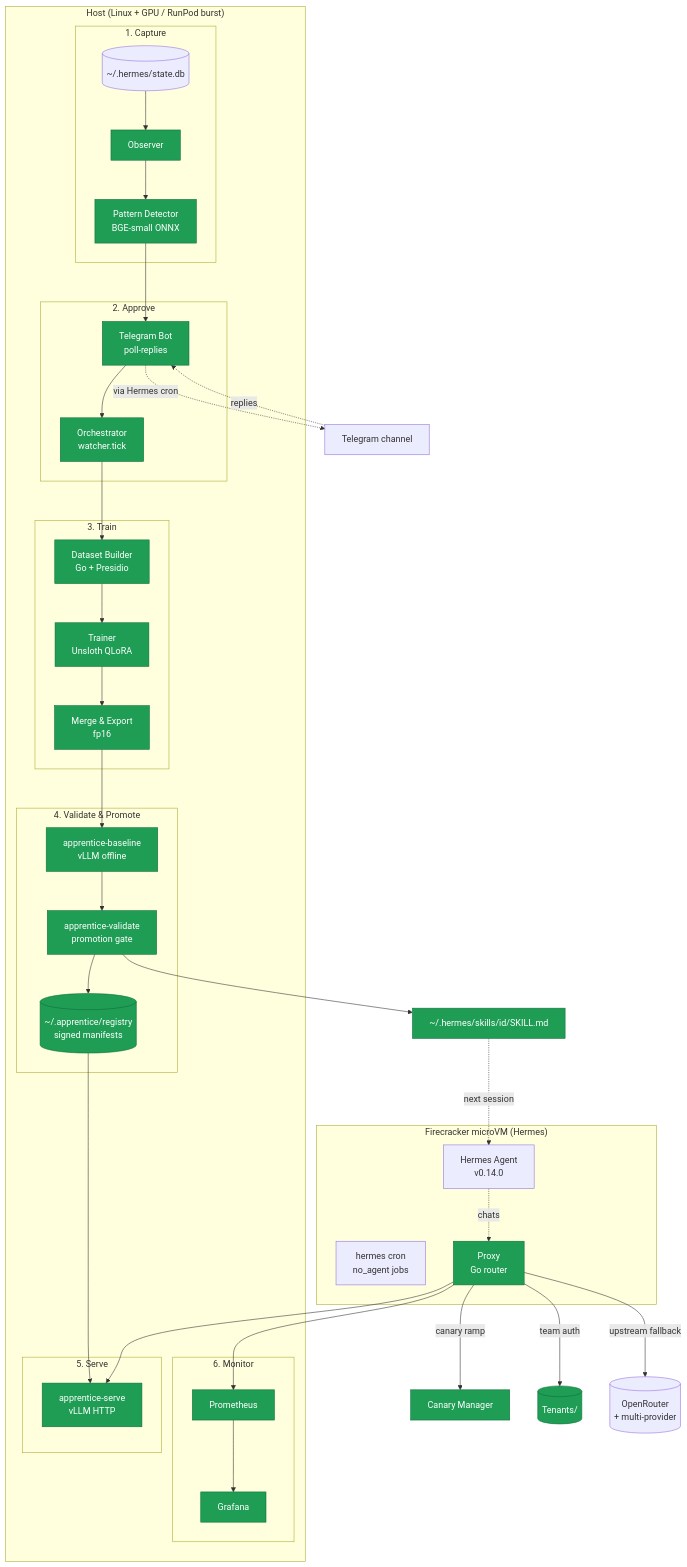
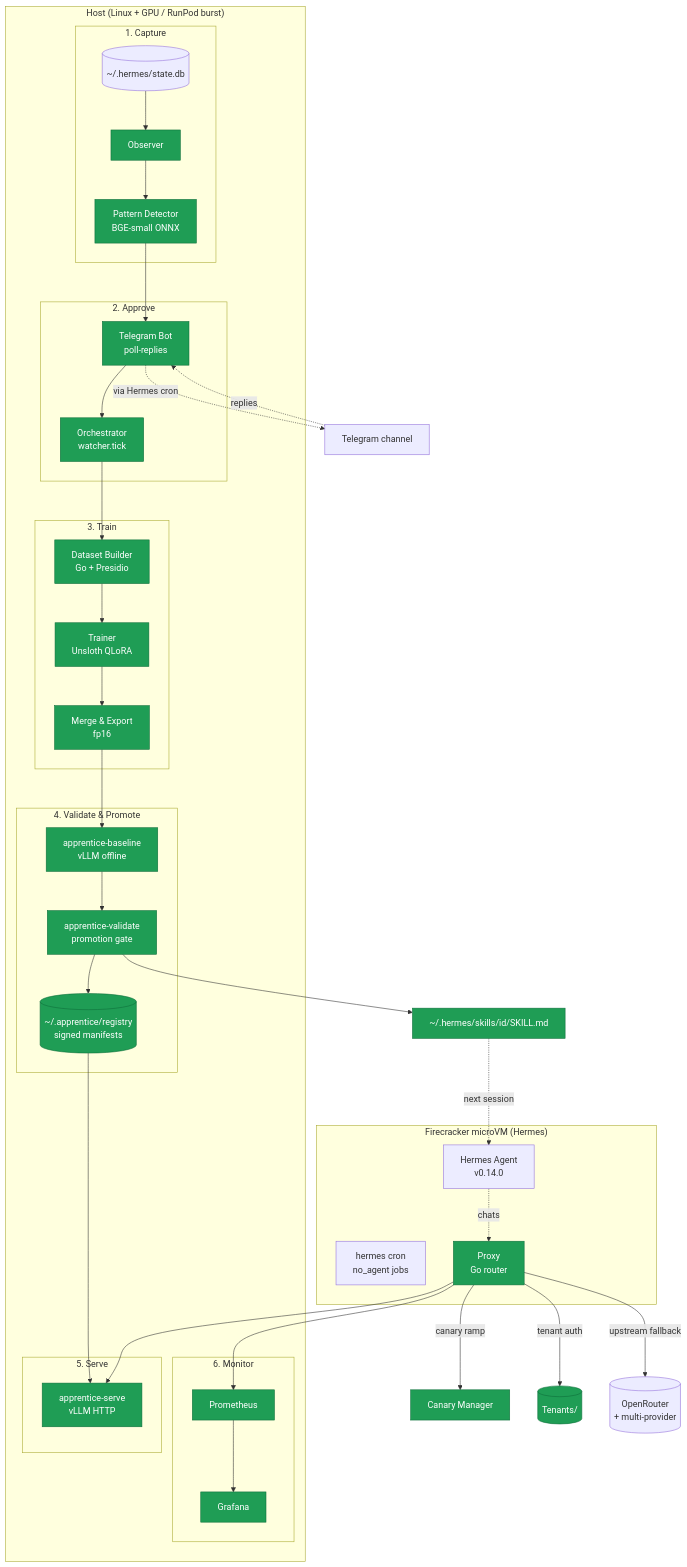
Before and after one commit to eschmechel/hermes-apprentice: the diagram in README.md, drawn with Mermaid. The commit also changed other lines of this file, not shown here.

Commit message:
docs: revert team framing, restore tenant terminology throughout README

````diff
--- a/README.md
+++ b/README.md
@@ -22,62 +21,62 @@
 ```mermaid
 %%{init: {'themeVariables': {'fontSize': '16px'}, 'flowchart': {'nodeSpacing': 50, 'rankSpacing': 70}}}%%
 flowchart TB
     subgraph microVM["Firecracker microVM (Hermes)"]
         H[Hermes Agent<br/>v0.14.0]
         CRON[hermes cron<br/>no_agent jobs]
         H -.chats.-> P
     end
 
     subgraph Host["Host (Linux + GPU / RunPod burst)"]
         subgraph Capture["1. Capture"]
             DB[(~/.hermes/state.db)]
             O[Observer]
             DET[Pattern Detector<br/>BGE-small ONNX]
             DB --> O --> DET
         end
 
         subgraph Approve["2. Approve"]
             TG_BOT[Telegram Bot<br/>poll-replies]
             ORCH[Orchestrator<br/>watcher.tick]
             DET --> TG_BOT --> ORCH
         end
 
         subgraph Train["3. Train"]
             DSB[Dataset Builder<br/>Go + Presidio]
             TR[Trainer<br/>Unsloth QLoRA]
             EXP[Merge & Export<br/>fp16]
             ORCH --> DSB --> TR --> EXP
         end
 
         subgraph Validate["4. Validate & Promote"]
             BL[apprentice-baseline<br/>vLLM offline]
             VAL[apprentice-validate<br/>promotion gate]
             REG[(~/.apprentice/registry<br/>signed manifests)]
             EXP --> BL --> VAL --> REG
         end
 
         subgraph Serve["5. Serve"]
             SV[apprentice-serve<br/>vLLM HTTP]
             P[Proxy<br/>Go router]
             REG --> SV
             P --> SV
         end
 
         subgraph Monitor["6. Monitor"]
             PR[Prometheus]
             GF[Grafana]
             P --> PR --> GF
         end
     end
 
     P -- canary ramp --> CANARY[Canary Manager]
-    P -- team auth --> TENANTS[(Tenants/)]
+    P -- tenant auth --> TENANTS[(Tenants/)]
     P -- upstream fallback --> OR[(OpenRouter<br/>+ multi-provider)]
     TG_BOT -.via Hermes cron.-> User[Telegram channel]
     User -.replies.-> TG_BOT
     VAL --> SKILL["~/.hermes/skills/id/SKILL.md"]
     SKILL -.next session.-> H
 
     classDef done fill:#1f9d55,stroke:#0d6e3a,color:#fff;
     class O,DET,DSB,TR,EXP,BL,VAL,REG,SV,P,ORCH,TG_BOT,CANARY,TENANTS,PR,GF,SKILL done;
 ```
````
